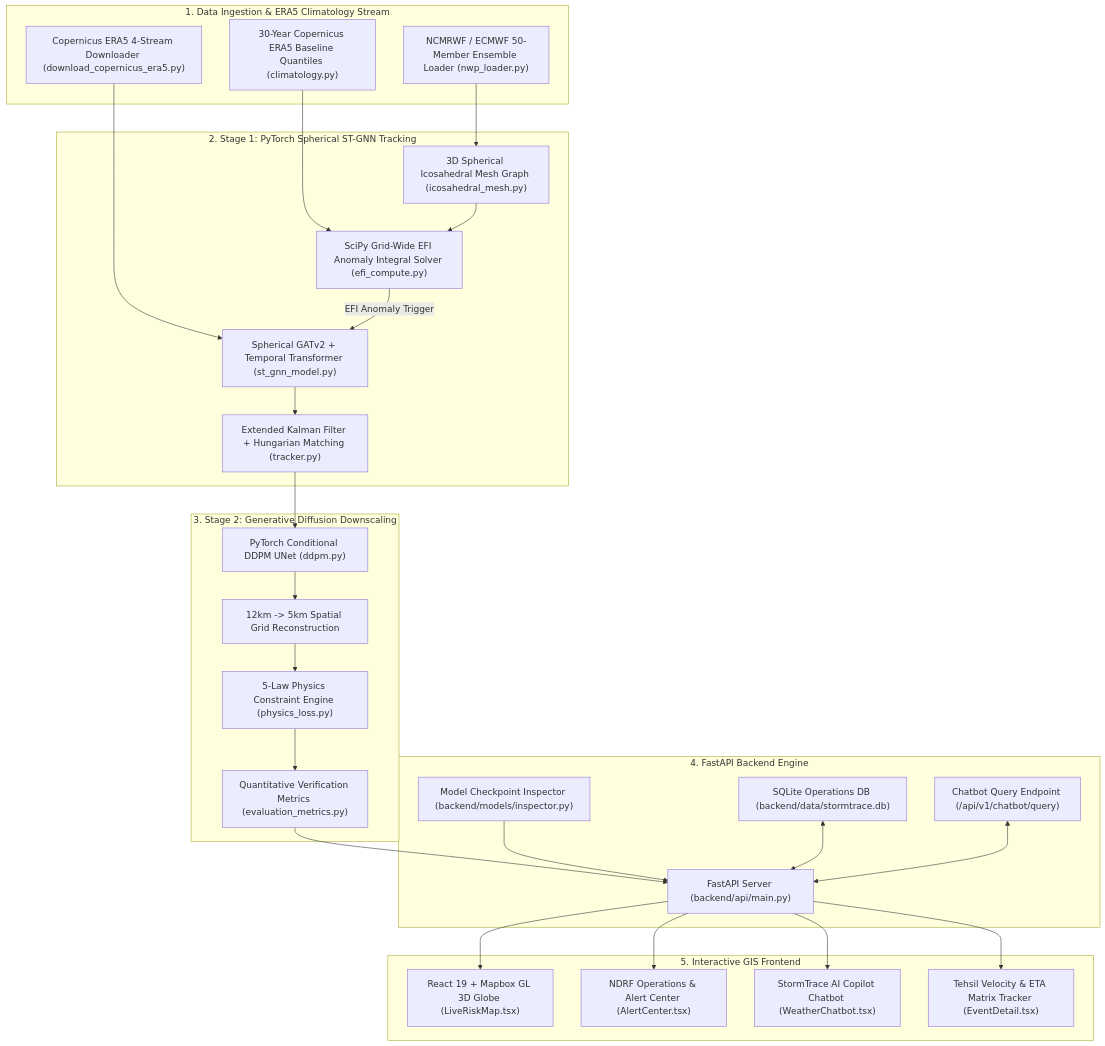
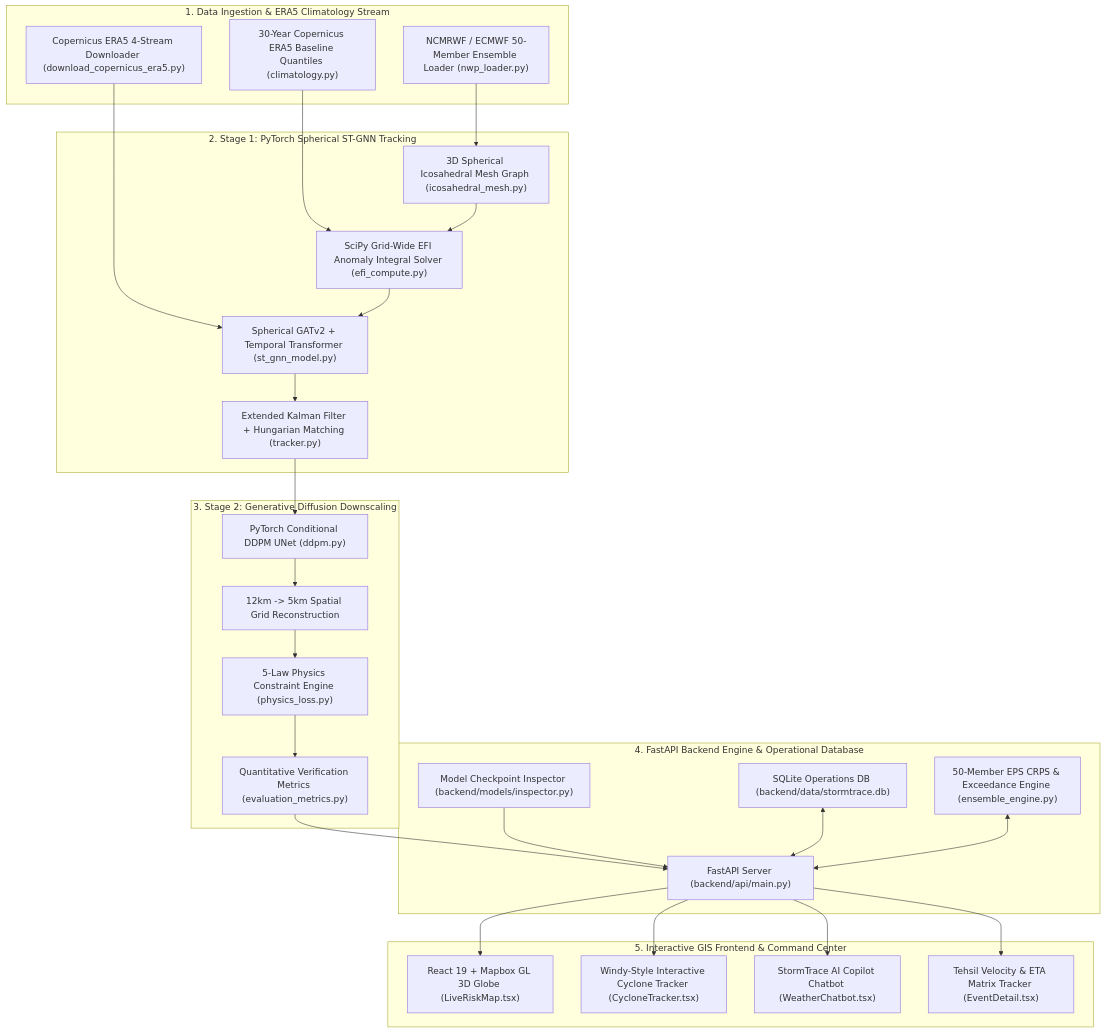
One commit to Alokzhan/wheatherSIH changed the first of 4 diagrams in README.md. Above: the diagram before and after it, drawn with Mermaid. The commit also changed other lines of this file and 14 other files, not shown here.

Commit message:
feat: Add Windy Cyclone Tracker, update SIH26078 scientific status, DFD diagrams and model checkpoints

````diff
--- a/README.md
+++ b/README.md
@@ -107,55 +110,55 @@
 ```mermaid
 graph TD
     subgraph Layer1 ["1. Data Ingestion & ERA5 Climatology Stream"]
         A1["NCMRWF / ECMWF 50-Member Ensemble Loader (nwp_loader.py)"]
         A2["30-Year Copernicus ERA5 Baseline Quantiles (climatology.py)"]
         A3["Copernicus ERA5 4-Stream Downloader (download_copernicus_era5.py)"]
     end
 
     subgraph Layer2 ["2. Stage 1: PyTorch Spherical ST-GNN Tracking"]
         B1["3D Spherical Icosahedral Mesh Graph (icosahedral_mesh.py)"]
         B2["SciPy Grid-Wide EFI Anomaly Integral Solver (efi_compute.py)"]
         B3["Spherical GATv2 + Temporal Transformer (st_gnn_model.py)"]
         B4["Extended Kalman Filter + Hungarian Matching (tracker.py)"]
     end
 
     subgraph Layer3 ["3. Stage 2: Generative Diffusion Downscaling"]
         C1["PyTorch Conditional DDPM UNet (ddpm.py)"]
         C2["12km -> 5km Spatial Grid Reconstruction"]
         C3["5-Law Physics Constraint Engine (physics_loss.py)"]
         C4["Quantitative Verification Metrics (evaluation_metrics.py)"]
     end
 
-    subgraph Layer4 ["4. FastAPI Backend Engine"]
+    subgraph Layer4 ["4. FastAPI Backend Engine & Operational Database"]
         D1["FastAPI Server (backend/api/main.py)"]
         D2["SQLite Operations DB (backend/data/stormtrace.db)"]
         D3["Model Checkpoint Inspector (backend/models/inspector.py)"]
-        D4["Chatbot Query Endpoint (/api/v1/chatbot/query)"]
+        D4["50-Member EPS CRPS & Exceedance Engine (ensemble_engine.py)"]
     end
 
-    subgraph Layer5 ["5. Interactive GIS Frontend"]
+    subgraph Layer5 ["5. Interactive GIS Frontend & Command Center"]
         E1["React 19 + Mapbox GL 3D Globe (LiveRiskMap.tsx)"]
-        E2["NDRF Operations & Alert Center (AlertCenter.tsx)"]
+        E2["Windy-Style Interactive Cyclone Tracker (CycloneTracker.tsx)"]
         E3["StormTrace AI Copilot Chatbot (WeatherChatbot.tsx)"]
         E4["Tehsil Velocity & ETA Matrix Tracker (EventDetail.tsx)"]
     end
 
     A1 --> B1
     A2 --> B2
     A3 --> B3
     B1 --> B2
-    B2 -->|EFI Anomaly Trigger| B3
+    B2 --> B3
     B3 --> B4
     B4 --> C1
     C1 --> C2
     C2 --> C3
     C3 --> C4
     C4 --> D1
     D3 --> D1
     D2 <--> D1
     D4 <--> D1
     D1 --> E1
     D1 --> E2
     D1 --> E3
     D1 --> E4
 ```
````
